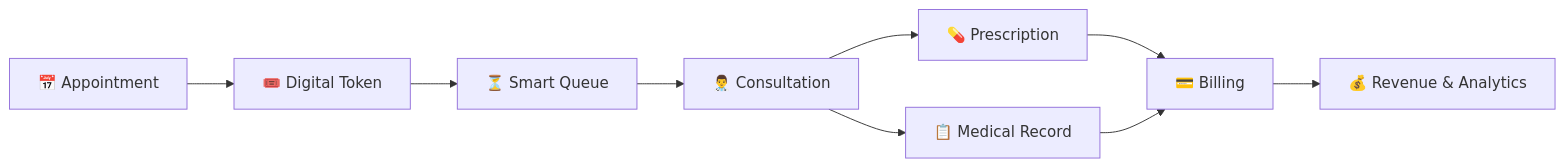
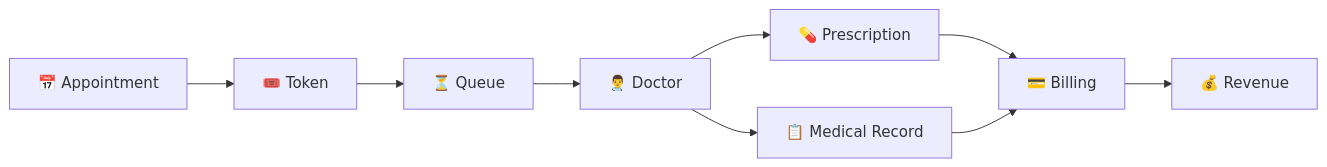
One commit to sunilt808/Noq-Multi-Tenant_Hospital_Management_System changed the first of 2 diagrams in README.md. Above: the diagram before and after it, drawn with Mermaid. The commit also changed other lines of this file, not shown here.

````diff
--- a/README.md
+++ b/README.md
@@ -60,11 +38,11 @@
 ```mermaid
 flowchart LR
-    A[📅 Appointment] --> B[🎟️ Digital Token]
-    B --> C[⏳ Smart Queue]
-    C --> D[👨‍⚕️ Consultation]
+    A[📅 Appointment] --> B[🎟️ Token]
+    B --> C[⏳ Queue]
+    C --> D[👨‍⚕️ Doctor]
     D --> E[💊 Prescription]
     D --> F[📋 Medical Record]
     E --> G[💳 Billing]
     F --> G
-    G --> H[💰 Revenue & Analytics]
+    G --> H[💰 Revenue]
 ```
````
